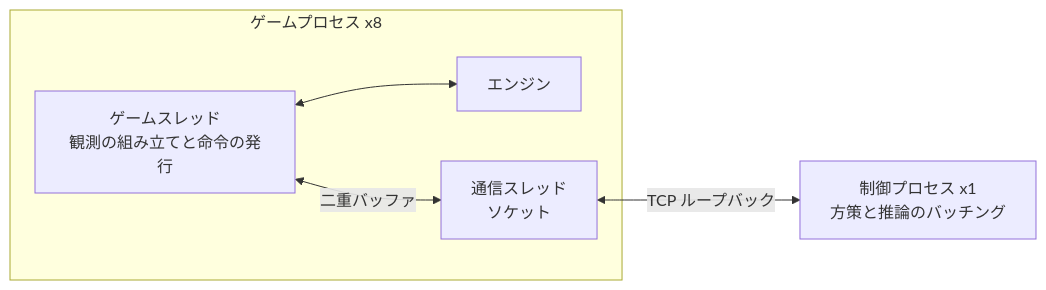
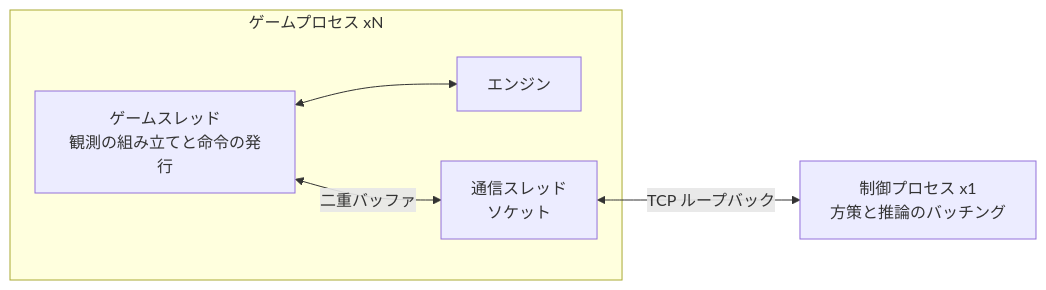
Before and after one commit to h4ribote/RW-Intel: the first of 6 diagrams in docs/project/05-interface.md, drawn with Mermaid. The commit also changed other lines of this file and 174 other files, not shown here.

````diff
--- a/docs/project/05-interface.md
+++ b/docs/project/05-interface.md
@@ -24,12 +13,12 @@
 ```mermaid
 flowchart LR
-    subgraph g0["ゲームプロセス x8"]
+    subgraph g0["ゲームプロセス xN"]
         engine["エンジン"]
         gt["ゲームスレッド<br/>観測の組み立てと命令の発行"]
         nt["通信スレッド<br/>ソケット"]
         gt <-->|"二重バッファ"| nt
         gt <--> engine
     end
     ctrl["制御プロセス x1<br/>方策と推論のバッチング"]
     nt <-->|"TCP ループバック"| ctrl
 ```
````
